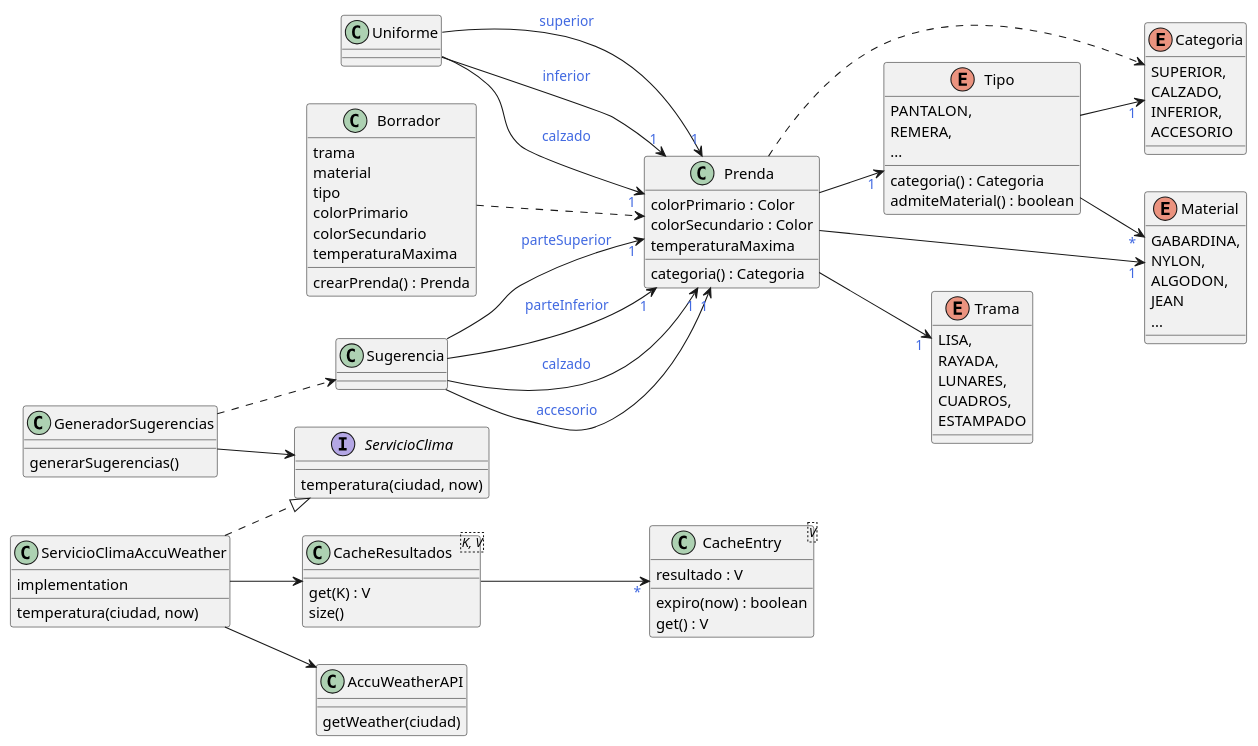
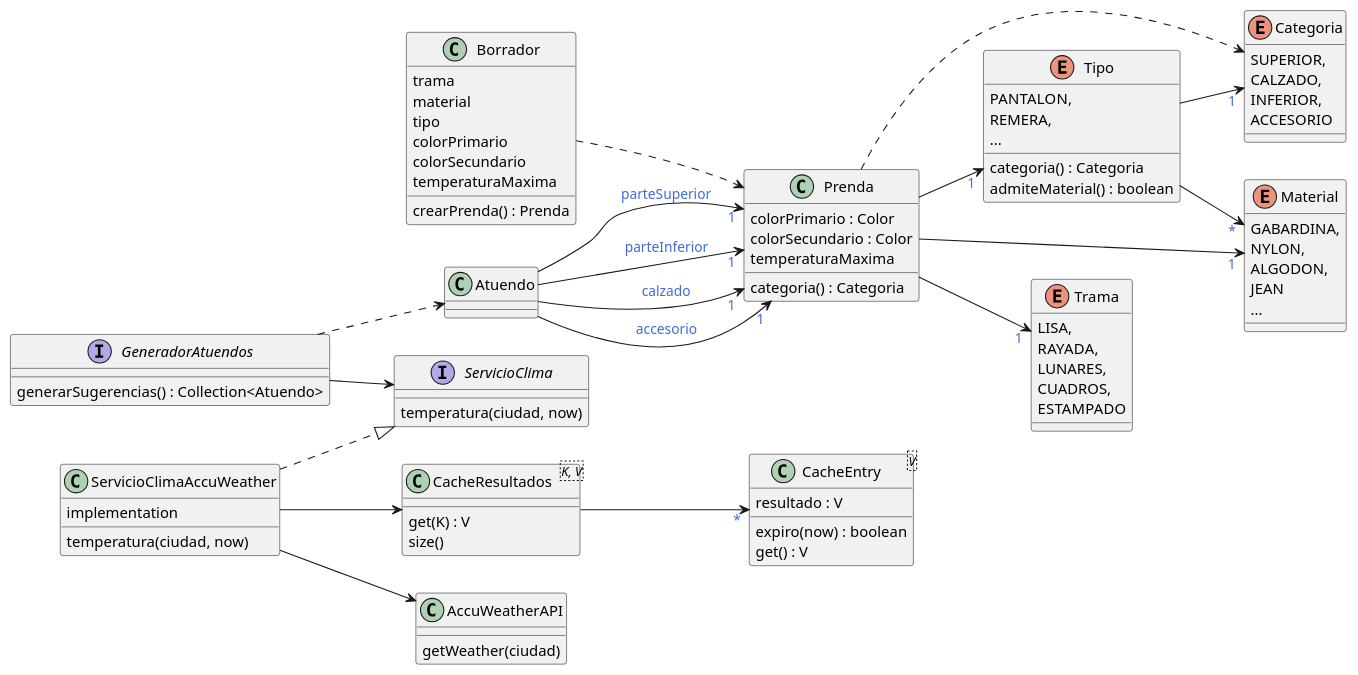
The diagram in assets/qmp.puml (ariel-/tp-dds-qmp), drawn with PlantUML before and after one commit. The commit also changed 5 other files, not shown here.

Commit message:
Uniforme y Sugerencia unificados en "Atuendo"

```diff
--- a/assets/qmp.puml
+++ b/assets/qmp.puml
@@ -1,117 +1,114 @@
 @startuml
 left to right direction
 skinparam backgroundColor transparent
 skinparam arrowFontColor royalblue
-
-class Uniforme
 
 together {
     class Prenda {
         colorPrimario : Color
         colorSecundario : Color
         temperaturaMaxima
         categoria() : Categoria
     }
 
     enum Trama {
         LISA,
         RAYADA,
         LUNARES,
         CUADROS,
         ESTAMPADO
     }
 
     enum Material {
         GABARDINA,
         NYLON,
         ALGODON,
         JEAN
         ...
     }
 
     enum Tipo {
         PANTALON,
         REMERA,
         ...
 
         categoria() : Categoria
         admiteMaterial() : boolean
     }
 
     enum Categoria {
         SUPERIOR,
         CALZADO,
         INFERIOR,
         ACCESORIO
     }
 
     Prenda --> "1" Material
     Prenda --> "1" Trama
     Prenda --> "1" Tipo
 
     Prenda ..> Categoria
 
     Tipo --> "1" Categoria
     Tipo --> "*" Material
 }
 
 class Borrador {
     trama
     material
     tipo
     colorPrimario
     colorSecundario
     temperaturaMaxima
 
     crearPrenda() : Prenda
 }
 
-class GeneradorSugerencias {
-    generarSugerencias()
+interface GeneradorAtuendos {
+    generarSugerencias() : Collection<Atuendo>
+}
+
+class Atuendo {
 }
 
 interface ServicioClima {
     temperatura(ciudad, now)
 }
 
 class ServicioClimaAccuWeather {
     implementation
     temperatura(ciudad, now)
 }
 
 class "CacheResultados<K, V>" as CacheResultados_K_V {
     get(K) : V
     size()
 }
 
 class "CacheEntry<V>" as CacheEntry_V {
     resultado : V
     expiro(now) : boolean
     get() : V
 }
 
 class AccuWeatherAPI {
     getWeather(ciudad)
 }
 
 Borrador ..> Prenda
 
-Uniforme --> "1" Prenda : superior
-Uniforme --> "1" Prenda : inferior
-Uniforme --> "1" Prenda : calzado
+Atuendo --> "1" Prenda : parteSuperior
+Atuendo --> "1" Prenda : parteInferior
+Atuendo --> "1" Prenda : calzado
+Atuendo --> "1" Prenda : accesorio
 
-Sugerencia --> "1" Prenda : parteSuperior
-Sugerencia --> "1" Prenda : parteInferior
-Sugerencia --> "1" Prenda : calzado
-Sugerencia --> "1" Prenda : accesorio
-
-GeneradorSugerencias --> ServicioClima
-GeneradorSugerencias ..> Sugerencia
+GeneradorAtuendos --> ServicioClima
+GeneradorAtuendos ..> Atuendo
 
 ServicioClimaAccuWeather ..|> ServicioClima
 ServicioClimaAccuWeather --> CacheResultados_K_V
 ServicioClimaAccuWeather --> AccuWeatherAPI
 
 CacheResultados_K_V --> "*" CacheEntry_V
 
 @enduml
```
